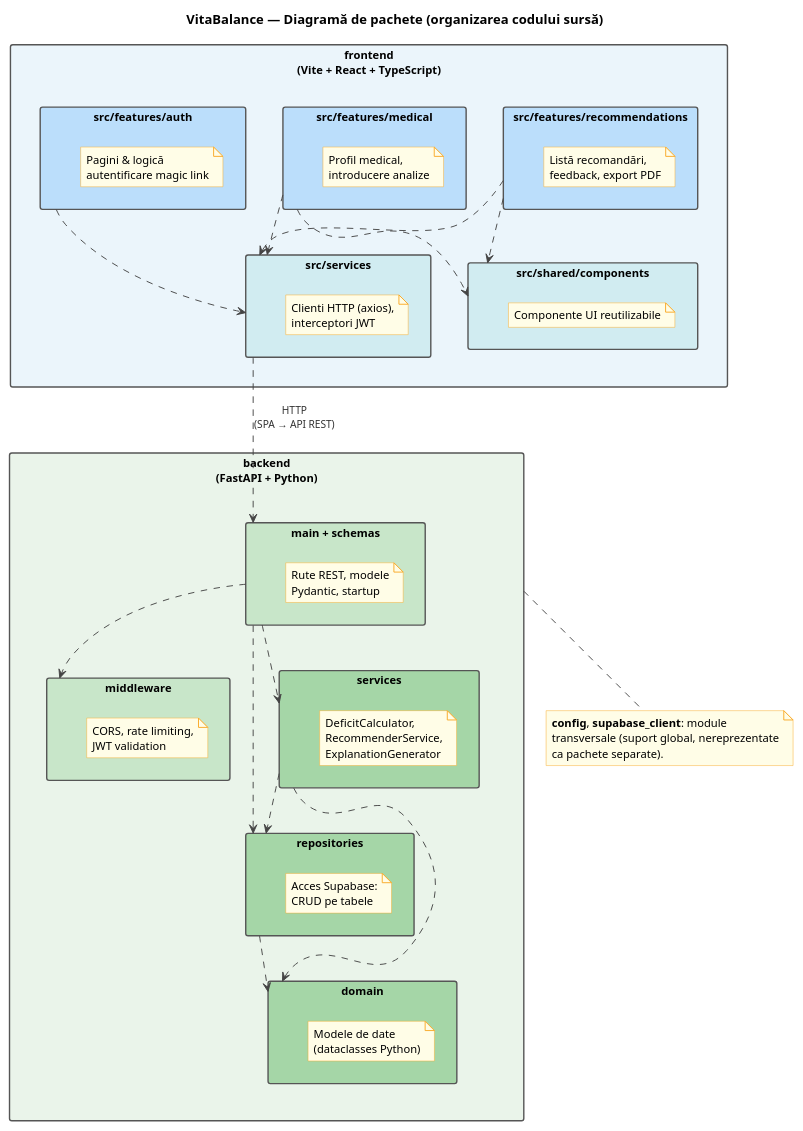
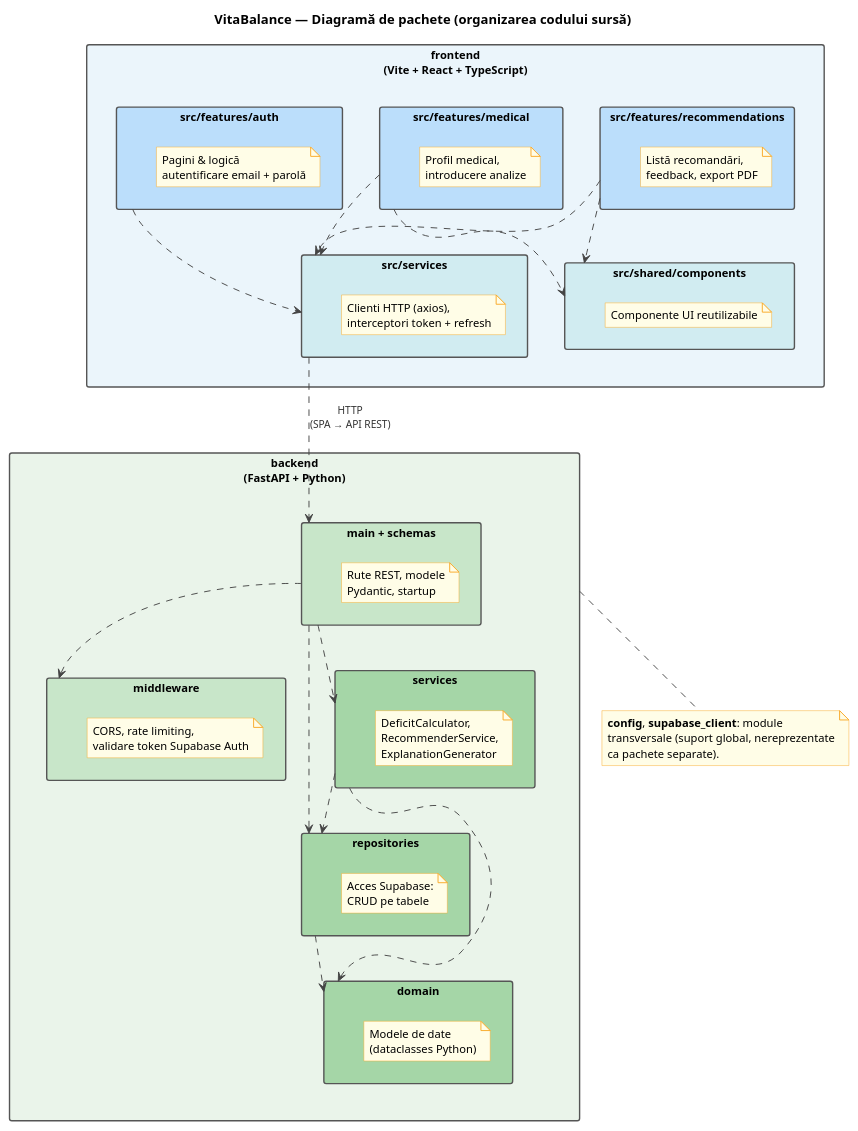
The diagram in docs/diagrams/uml-package-diagram.puml (CalinGraphics/VitaBalance), drawn with PlantUML before and after one commit. The commit also changed 25 other files, not shown here.

First line of the commit message:
Move login to Supabase Auth and drop the self-signed JWT

```diff
--- a/docs/diagrams/uml-package-diagram.puml
+++ b/docs/diagrams/uml-package-diagram.puml
@@ -1,115 +1,115 @@
 @startuml VitaBalance_Package_Diagram
 title VitaBalance — Diagramă de pachete (organizarea codului sursă)
 
 skinparam shadowing false
 skinparam backgroundColor #FFFFFF
 skinparam defaultFontName "Segoe UI"
 skinparam defaultFontSize 12
 skinparam packageStyle rectangle
 skinparam packageBorderColor #555555
 skinparam ArrowColor #444444
 skinparam ArrowFontColor #333333
 skinparam ArrowFontSize 11
 skinparam noteBackgroundColor #FFFDE7
 skinparam noteBorderColor #F9A825
 
 top to bottom direction
 
 package "frontend\n(Vite + React + TypeScript)" as FE #EBF5FB {
 
   package "src/features/auth" as FEAUTH #BBDEFB {
     note as N1
       Pagini & logică
-      autentificare magic link
+      autentificare email + parolǎ
     end note
   }
 
   package "src/features/medical" as FEMED #BBDEFB {
     note as N2
       Profil medical,
       introducere analize
     end note
   }
 
   package "src/features/recommendations" as FEREC #BBDEFB {
     note as N3
       Listă recomandări,
       feedback, export PDF
     end note
   }
 
   package "src/shared/components" as FESHARED #D1ECF1 {
     note as N4
       Componente UI reutilizabile
     end note
   }
 
   package "src/services" as FEAPI #D1ECF1 {
     note as N5
       Clienti HTTP (axios),
-      interceptori JWT
+      interceptori token + refresh
     end note
   }
 
   FEAUTH ..> FEAPI
   FEMED  ..> FEAPI
   FEREC  ..> FEAPI
   FEREC  ..> FESHARED
   FEMED  ..> FESHARED
 }
 
 package "backend\n(FastAPI + Python)" as BE #EAF4EA {
 
   package "main + schemas" as MAIN #C8E6C9 {
     note as N6
       Rute REST, modele
       Pydantic, startup
     end note
   }
 
   package "middleware" as MW #C8E6C9 {
     note as N7
       CORS, rate limiting,
-      JWT validation
+      validare token Supabase Auth
     end note
   }
 
   package "domain" as DOM #A5D6A7 {
     note as N8
       Modele de date
       (dataclasses Python)
     end note
   }
 
   package "repositories" as REPO #A5D6A7 {
     note as N9
       Acces Supabase:
       CRUD pe tabele
     end note
   }
 
   package "services" as SVC #A5D6A7 {
     note as N10
       DeficitCalculator,
       RecommenderService,
       ExplanationGenerator
     end note
   }
 
   MAIN ..> MW
   MAIN ..> REPO
   MAIN ..> SVC
   REPO ..> DOM
   SVC  ..> DOM
   SVC  ..> REPO
 }
 
 FEAPI ..> MAIN : "HTTP\n(SPA → API REST)"
 
 note bottom of BE
   **config**, **supabase_client**: module
   transversale (suport global, nereprezentate
   ca pachete separate).
 end note
 
 @enduml
```
